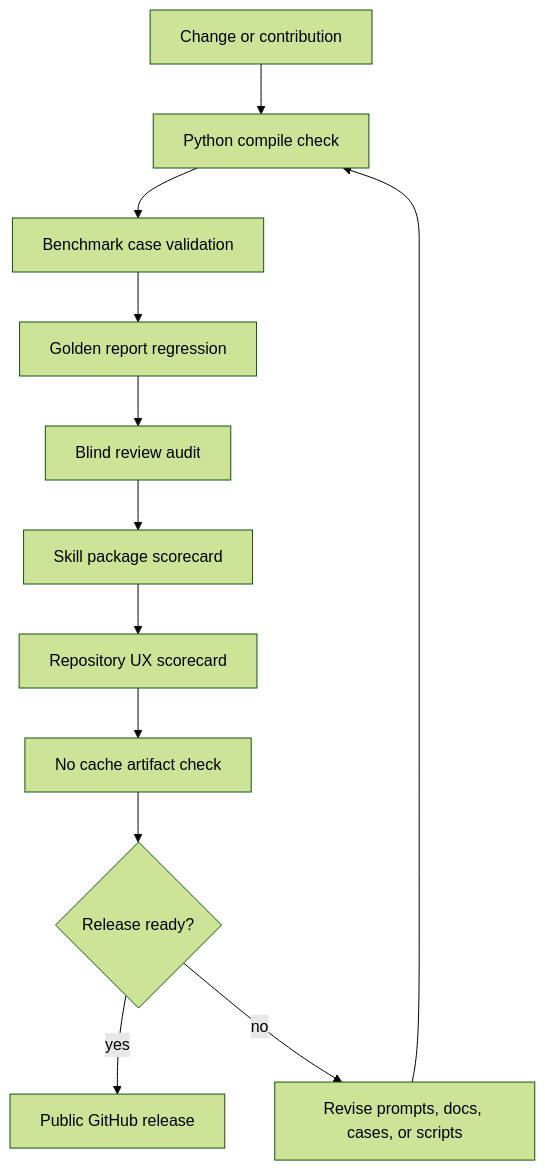
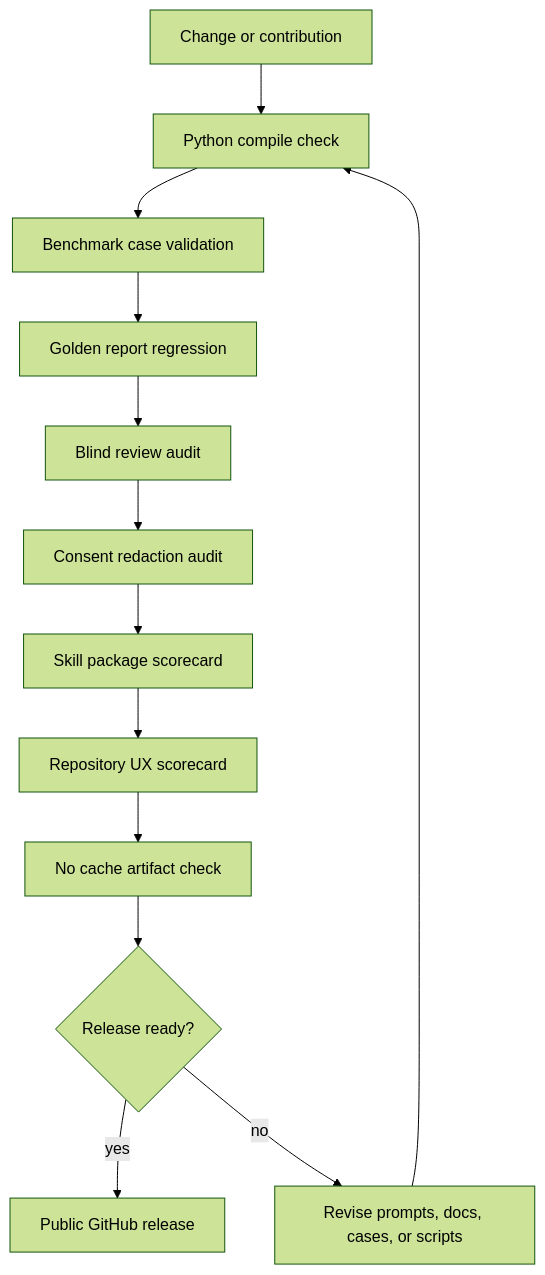
The fourth of 5 diagrams in README.md (Zaoqu-Liu/mbti-typing-skill), drawn with Mermaid (forest theme) before and after one commit. The commit also changed other lines of this file and 17 other files, not shown here.

Commit message:
Add consent redaction follow-up loop

````diff
--- a/README.md
+++ b/README.md
@@ -305,14 +318,15 @@
 ```mermaid
 flowchart TD
     PR[Change or contribution] --> Compile[Python compile check]
     Compile --> Cases[Benchmark case validation]
     Cases --> Golden[Golden report regression]
     Golden --> Blind[Blind review audit]
-    Blind --> SkillScore[Skill package scorecard]
+    Blind --> Consent[Consent redaction audit]
+    Consent --> SkillScore[Skill package scorecard]
     SkillScore --> UXScore[Repository UX scorecard]
     UXScore --> Cache[No cache artifact check]
     Cache --> Release{Release ready?}
     Release -->|yes| Publish[Public GitHub release]
     Release -->|no| Fix[Revise prompts, docs, cases, or scripts]
     Fix --> Compile
 ```
````
